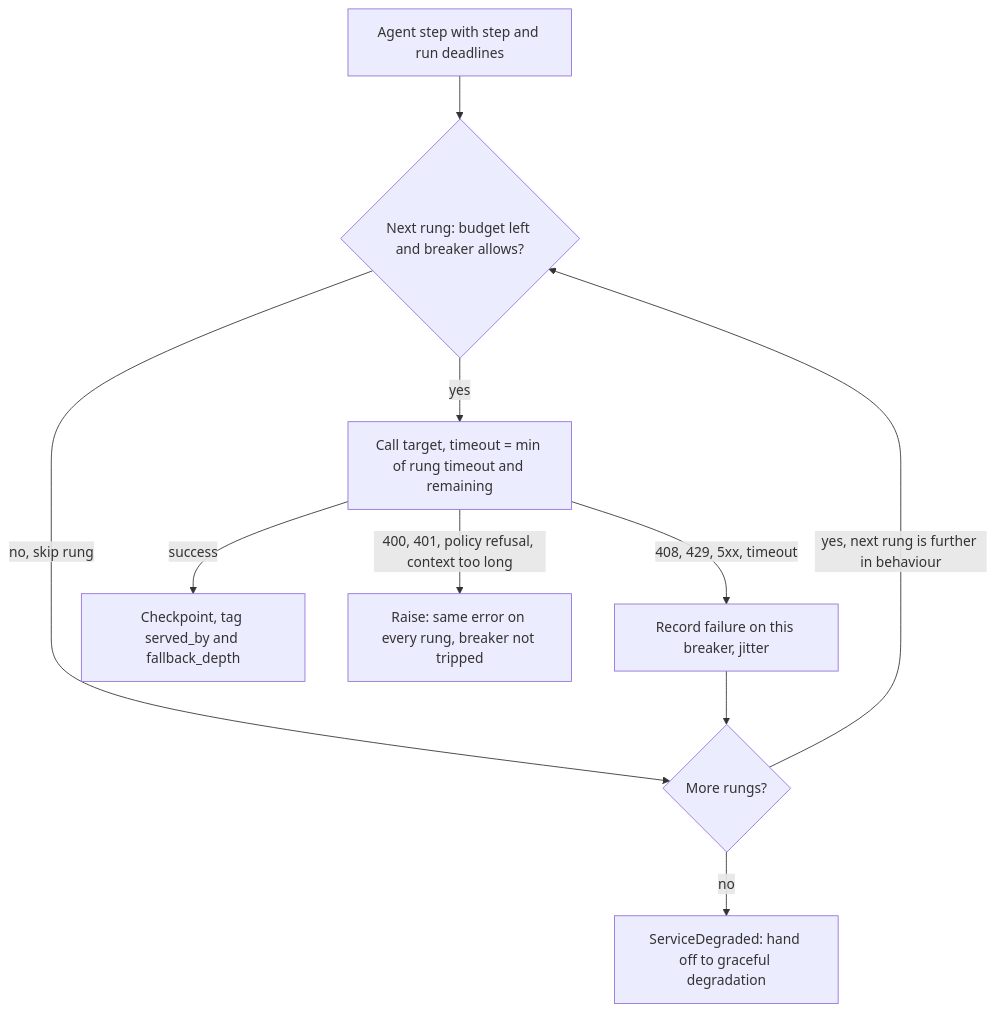
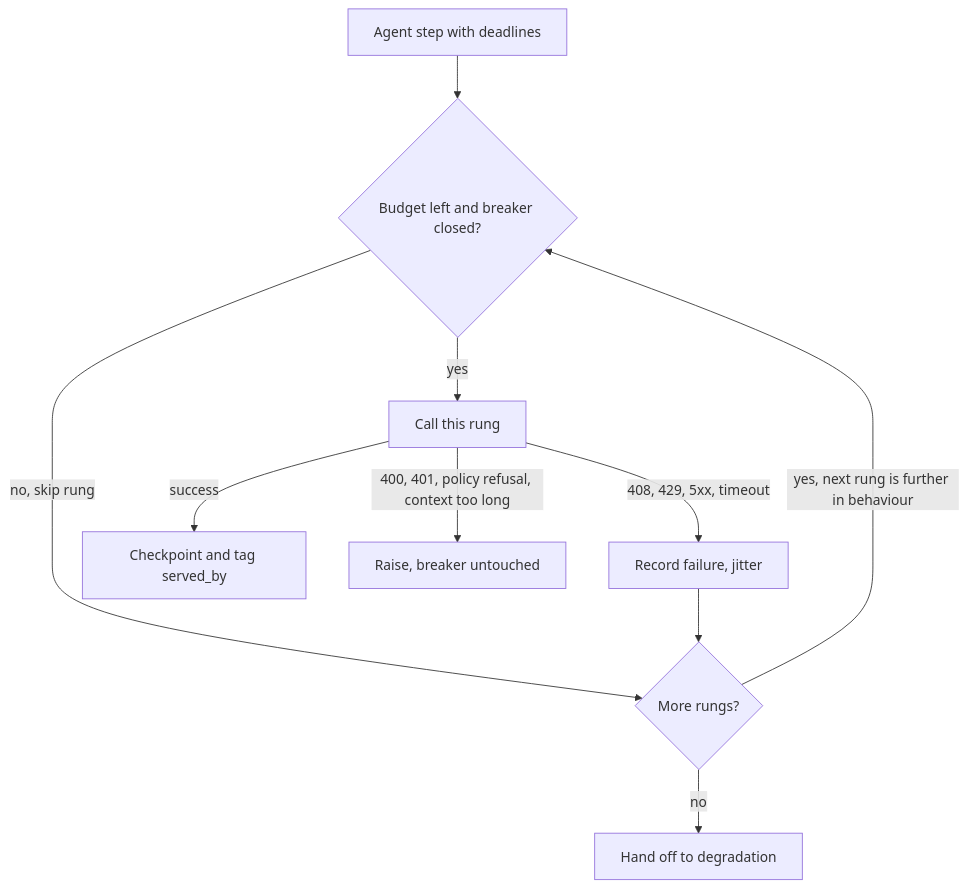
Before and after one commit to lovishmahajan97/agentic-learning: the diagram in content/system-design/model-fallback-strategies.md, drawn with Mermaid. The commit also changed other lines of this file and 454 other files, not shown here.

````diff
--- a/content/system-design/model-fallback-strategies.md
+++ b/content/system-design/model-fallback-strategies.md
@@ -150,12 +150,12 @@
 ```mermaid
 flowchart TD
-    R["Agent step with step and run deadlines"] --> N{"Next rung: budget left and breaker allows?"}
+    R["Agent step with deadlines"] --> N{"Budget left and breaker closed?"}
     N -->|"no, skip rung"| MORE{"More rungs?"}
-    N -->|"yes"| C["Call target, timeout = min of rung timeout and remaining"]
-    C -->|"success"| OK["Checkpoint, tag served_by and fallback_depth"]
-    C -->|"400, 401, policy refusal, context too long"| STOP["Raise: same error on every rung, breaker not tripped"]
-    C -->|"408, 429, 5xx, timeout"| F["Record failure on this breaker, jitter"]
+    N -->|"yes"| C["Call this rung"]
+    C -->|"success"| OK["Checkpoint and tag served_by"]
+    C -->|"400, 401, policy refusal, context too long"| STOP["Raise, breaker untouched"]
+    C -->|"408, 429, 5xx, timeout"| F["Record failure, jitter"]
     F --> MORE
     MORE -->|"yes, next rung is further in behaviour"| N
-    MORE -->|"no"| D["ServiceDegraded: hand off to graceful degradation"]
+    MORE -->|"no"| D["Hand off to degradation"]
 ```
````
